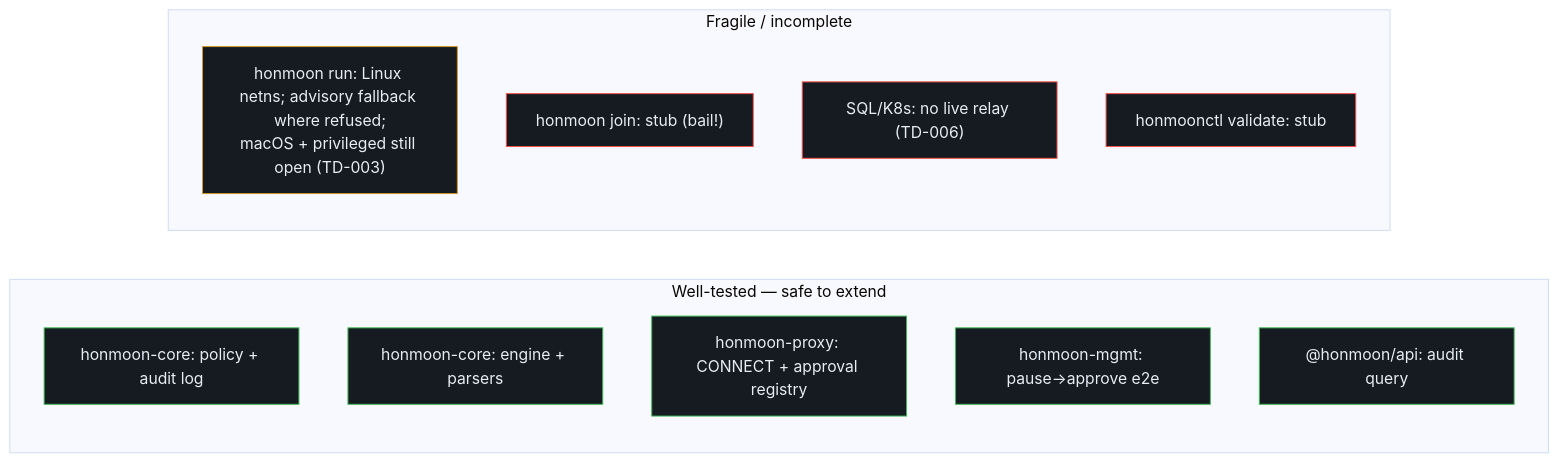
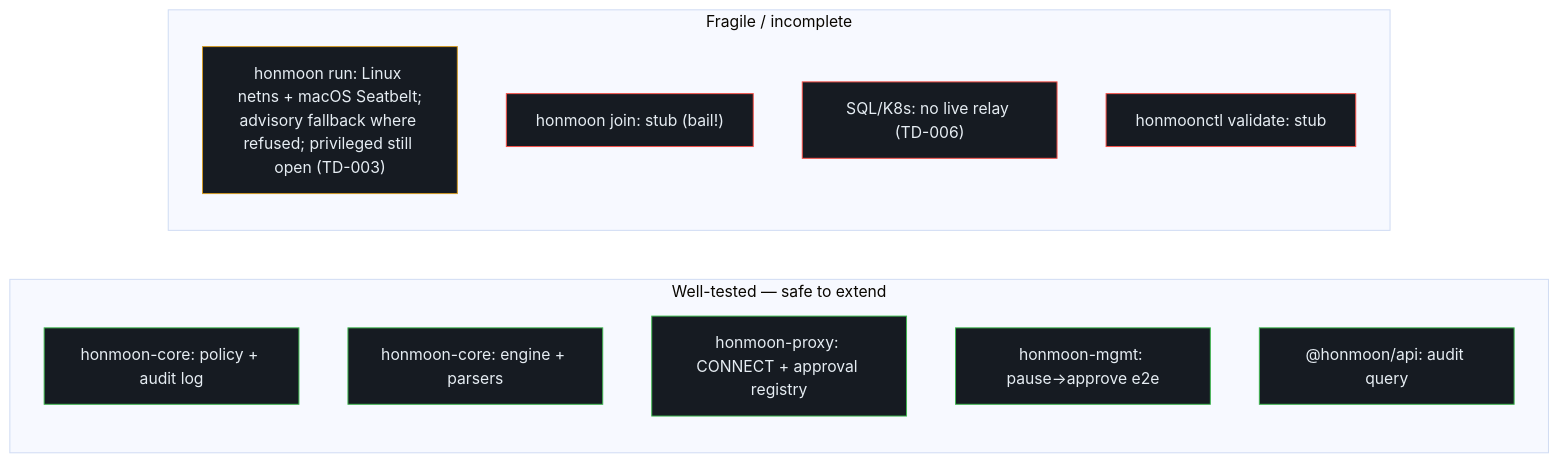
The fourth of 4 diagrams in wiki/deep-dive/architecture.md (pleaseai/honmoon), drawn with Mermaid (base theme) before and after one commit. The commit also changed 17 other files, not shown here.

First line of the commit message:
feat(cli): enforce `honmoon run` isolation with a Seatbelt profile on macOS (ADR-0005) (#73)

````diff
--- a/wiki/deep-dive/architecture.md
+++ b/wiki/deep-dive/architecture.md
@@ -200,25 +200,25 @@
 ```mermaid
 flowchart LR
   subgraph solid["Well-tested — safe to extend"]
     s1["honmoon-core: policy + audit log"]
     s2["honmoon-core: engine + parsers"]
     s3["honmoon-proxy: CONNECT + approval registry"]
     s4["honmoon-mgmt: pause→approve e2e"]
     s5["@honmoon/api: audit query"]
   end
   subgraph weak["Fragile / incomplete"]
-    w1["honmoon run: Linux netns; advisory fallback where refused;<br>macOS + privileged still open (TD-003)"]
+    w1["honmoon run: Linux netns + macOS Seatbelt;<br>advisory fallback where refused; privileged still open (TD-003)"]
     w2["honmoon join: stub (bail!)"]
     w3["SQL/K8s: no live relay (TD-006)"]
     w4["honmoonctl validate: stub"]
   end
   style s1 fill:#161b22,stroke:#3fb950,color:#e6edf3
   style s2 fill:#161b22,stroke:#3fb950,color:#e6edf3
   style s3 fill:#161b22,stroke:#3fb950,color:#e6edf3
   style s4 fill:#161b22,stroke:#3fb950,color:#e6edf3
   style s5 fill:#161b22,stroke:#3fb950,color:#e6edf3
   style w1 fill:#161b22,stroke:#d29922,color:#e6edf3
   style w2 fill:#161b22,stroke:#f85149,color:#e6edf3
   style w3 fill:#161b22,stroke:#f85149,color:#e6edf3
   style w4 fill:#161b22,stroke:#f85149,color:#e6edf3
 ```
````
